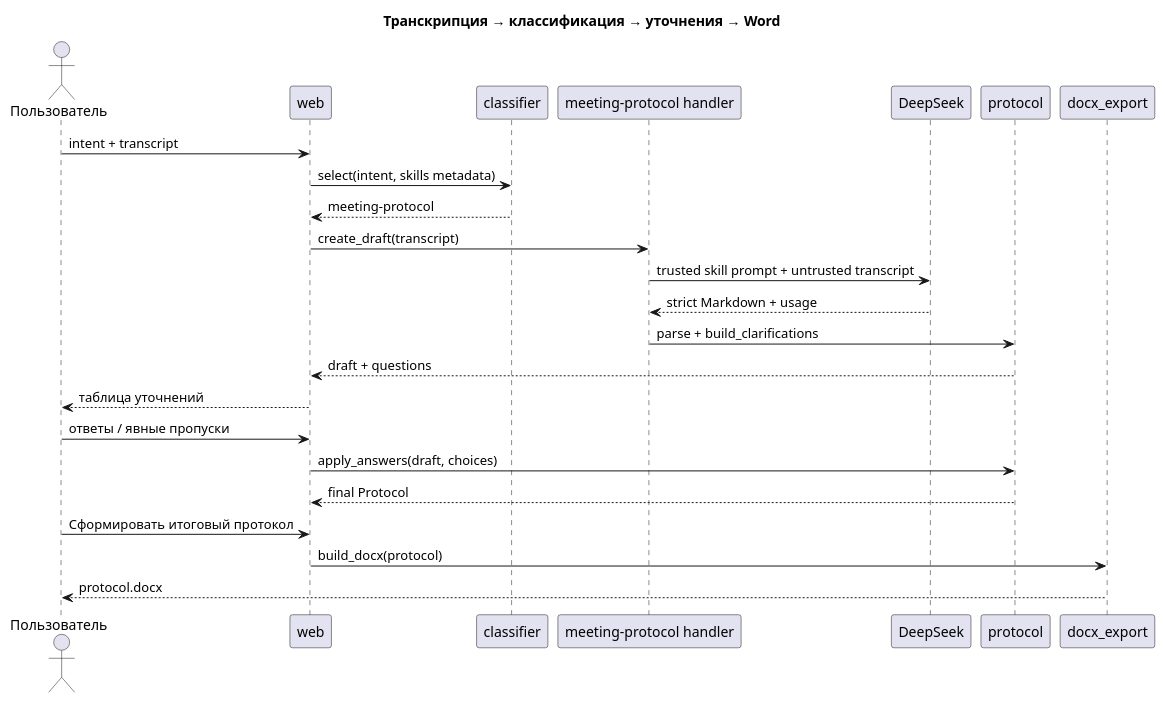
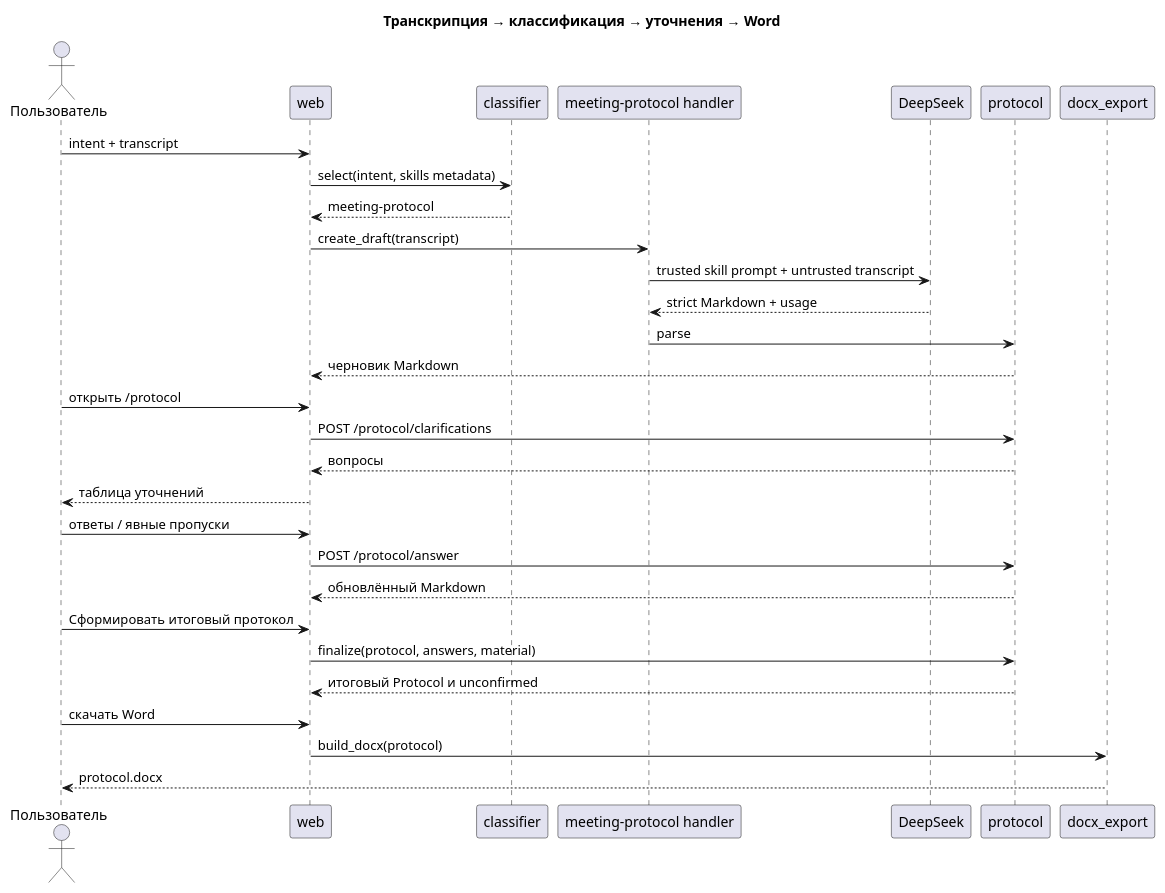
Before and after one commit to GlebKostousov/skillhub: the third of 6 diagrams in docs/architecture/skillhub.md, drawn with PlantUML. The commit also changed other lines of this file and 29 other files, not shown here.

````diff
--- a/docs/architecture/skillhub.md
+++ b/docs/architecture/skillhub.md
@@ -207,27 +208,33 @@
 ```puml
 @startuml
 title Транскрипция → классификация → уточнения → Word
 actor Пользователь as U
 participant web
 participant classifier
 participant "meeting-protocol handler" as H
 participant DeepSeek as L
 participant protocol as P
 participant docx_export as D
 U -> web : intent + transcript
 web -> classifier : select(intent, skills metadata)
 classifier --> web : meeting-protocol
 web -> H : create_draft(transcript)
 H -> L : trusted skill prompt + untrusted transcript
 L --> H : strict Markdown + usage
-H -> P : parse + build_clarifications
-P --> web : draft + questions
+H -> P : parse
+P --> web : черновик Markdown
+U -> web : открыть /protocol
+web -> P : POST /protocol/clarifications
+P --> web : вопросы
 web --> U : таблица уточнений
 U -> web : ответы / явные пропуски
-web -> P : apply_answers(draft, choices)
-P --> web : final Protocol
+web -> P : POST /protocol/answer
+P --> web : обновлённый Markdown
 U -> web : Сформировать итоговый протокол
+web -> P : finalize(protocol, answers, material)
+P --> web : итоговый Protocol и unconfirmed
+U -> web : скачать Word
 web -> D : build_docx(protocol)
 D --> U : protocol.docx
 @enduml
 ```
````
